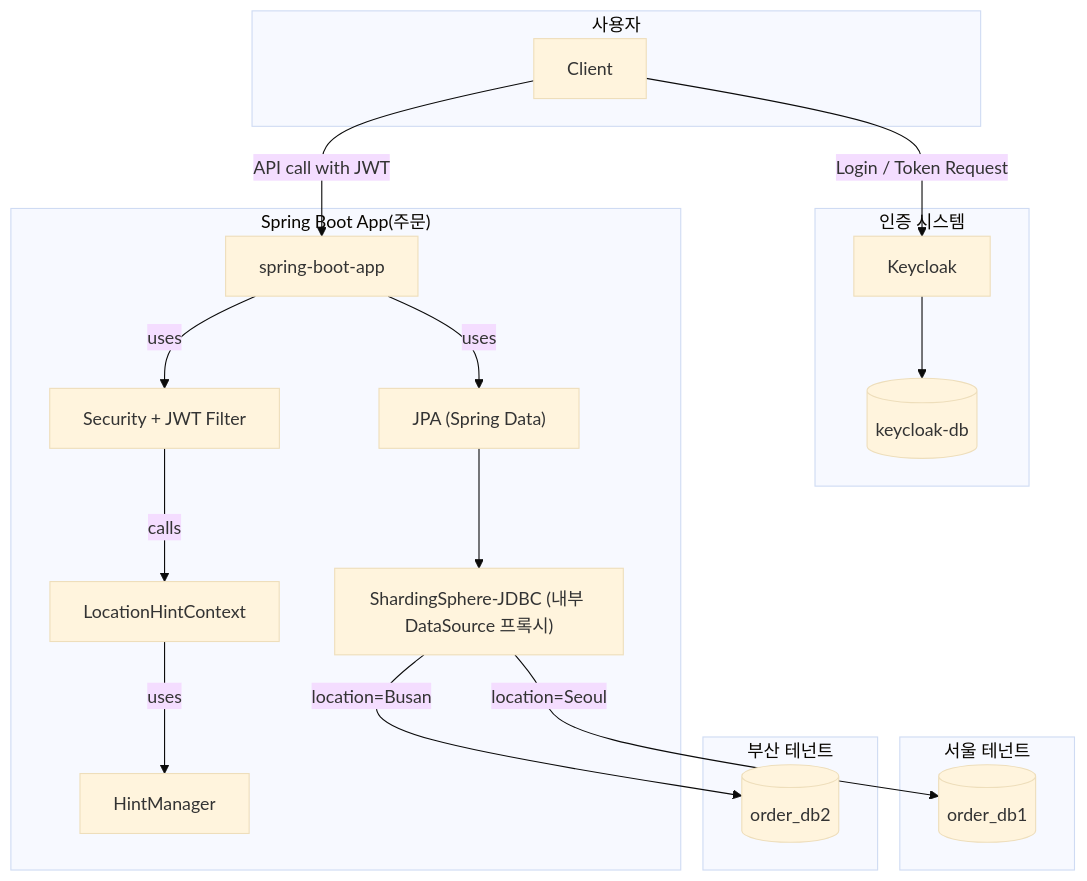
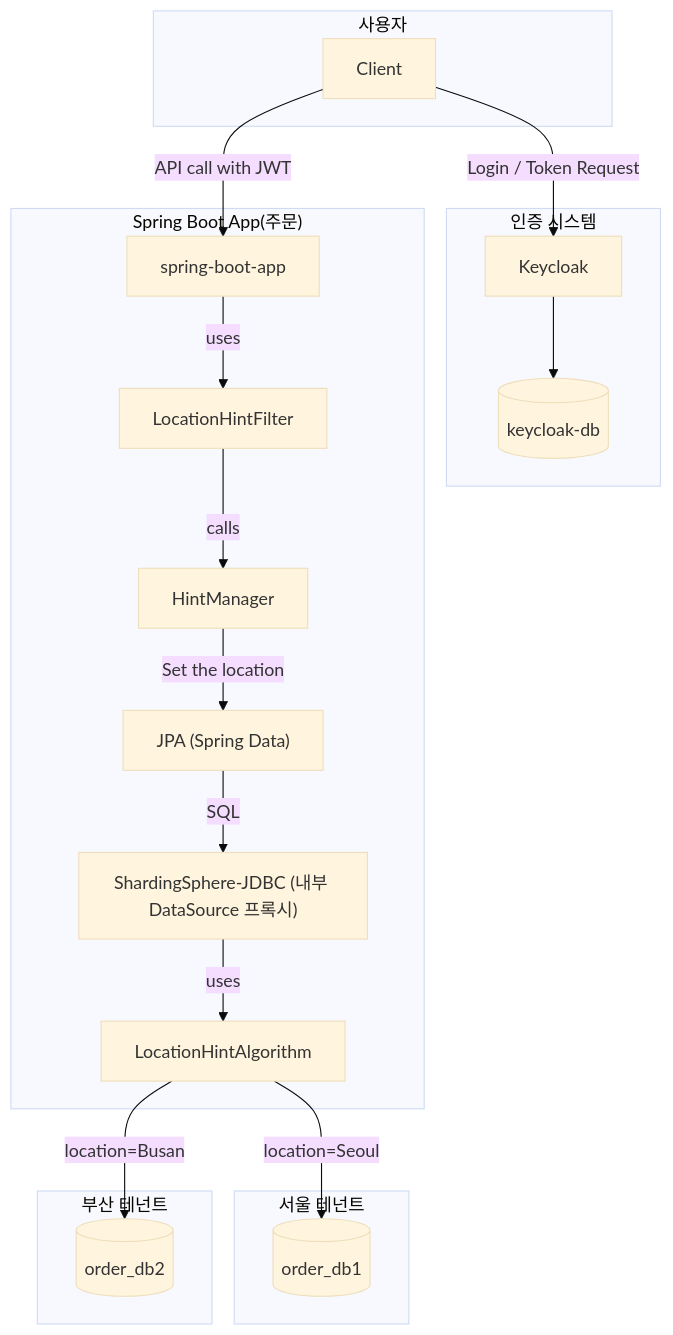
Before and after one commit to Susukkekki/shardingsphere-sample: the second of 3 diagrams in README.md, drawn with Mermaid (base theme). The commit also changed other lines of this file, not shown here.

````diff
--- a/README.md
+++ b/README.md
@@ -18,37 +129,38 @@
 ```mermaid
 ---
 config:
   layout: dagre
 ---
 flowchart TD
  subgraph s1["사용자"]
         A["Client"]
   end
  subgraph subGraph1["인증 시스템"]
         B["Keycloak"]
         C[("keycloak-db")]
   end
  subgraph subGraph2["Spring Boot App(주문)"]
         D["spring-boot-app"]
-        E["Security + JWT Filter"]
-        F["LocationHintContext"]
-        G["HintManager"]
+        E["LocationHintFilter"]
+        F["HintManager"]
         H["JPA (Spring Data)"]
         I["ShardingSphere-JDBC (내부 DataSource 프록시)"]
+        K["LocationHintAlgorithm"]
   end
  subgraph subGraph3["서울 테넌트"]
         J1[("order_db1")]
   end
  subgraph subGraph4["부산 테넌트"]
         J2[("order_db2")]        
   end
     B --> C
-    D -- uses --> E & H
+    D -- uses --> E
     E -- calls --> F
-    F -- uses --> G
-    H --> I
-    I -- location=Seoul --> J1 
-    I -- location=Busan --> J2
+    F -- Set the location --> H
+    H -- SQL --> I
+    I -- uses --> K
+    K -- location=Seoul --> J1 
+    K -- location=Busan --> J2
     A -- API call with JWT --> D
     A -- Login / Token Request --> B
 ```
````
